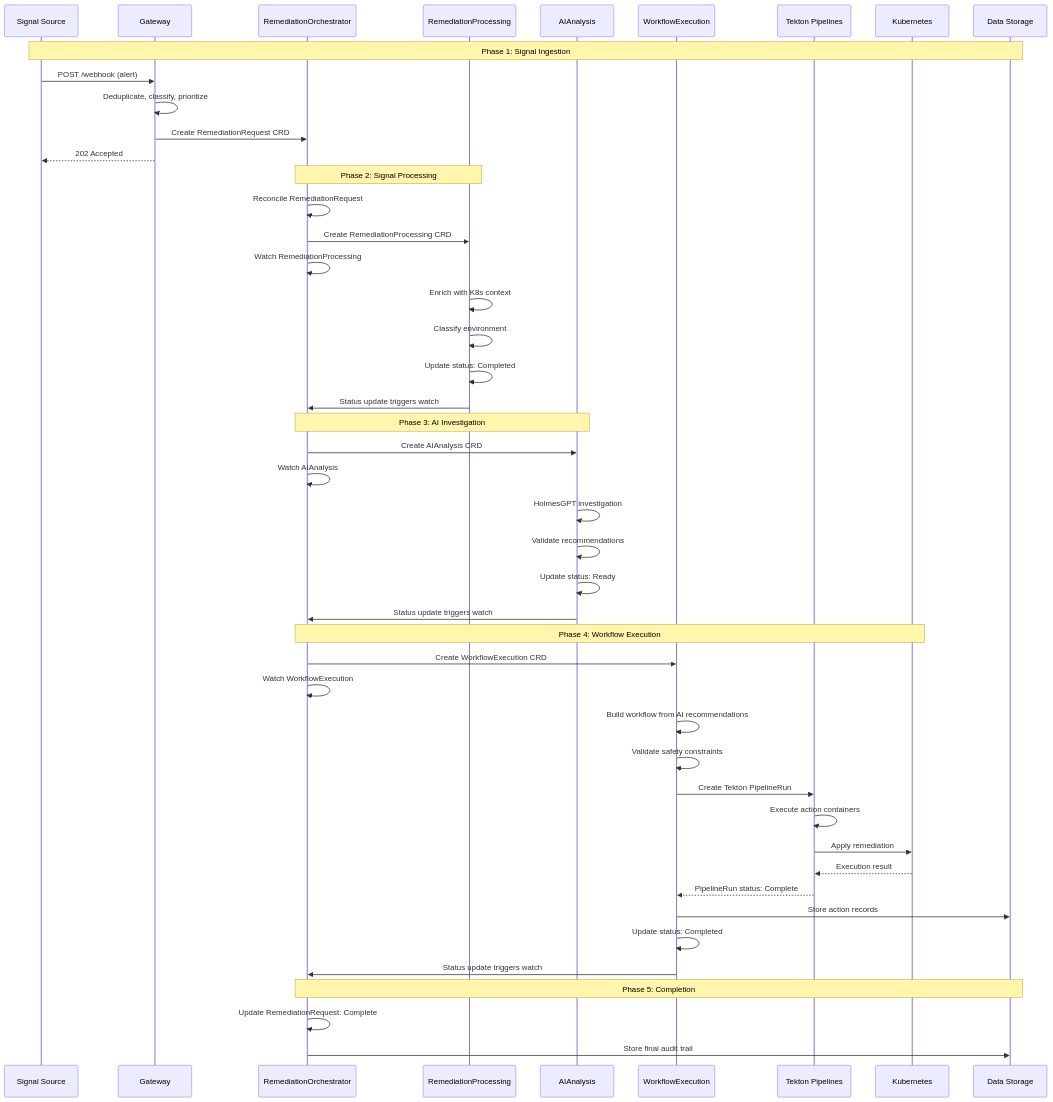
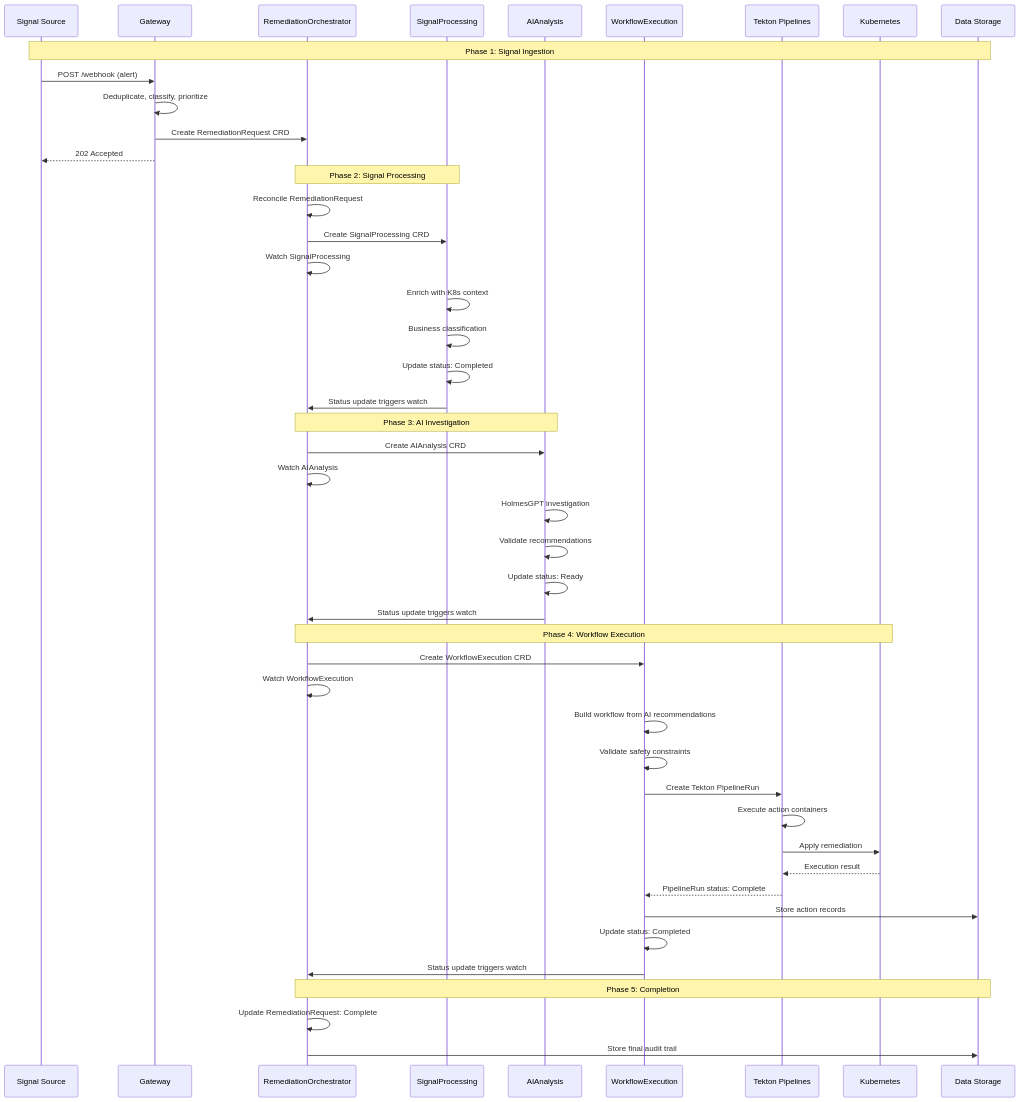
The second of 2 diagrams in docs/architecture/KUBERNAUT_CRD_ARCHITECTURE.md (jordigilh/kubernaut), drawn with Mermaid before and after one commit. The commit also changed other lines of this file and 4 other files, not shown here.

First line of the commit message:
docs: Rename RemediationProcessing to SignalProcessing service

````diff
--- a/docs/architecture/KUBERNAUT_CRD_ARCHITECTURE.md
+++ b/docs/architecture/KUBERNAUT_CRD_ARCHITECTURE.md
@@ -737,53 +659,53 @@
 ```mermaid
 sequenceDiagram
     participant SRC as Signal Source
     participant GW as Gateway
     participant ORCH as RemediationOrchestrator
-    participant RP as RemediationProcessing
+    participant SP as SignalProcessing
     participant AI as AIAnalysis
     participant WF as WorkflowExecution
     participant TEK as Tekton Pipelines
     participant K8S as Kubernetes
     participant ST as Data Storage
 
     Note over SRC,ST: Phase 1: Signal Ingestion
     SRC->>GW: POST /webhook (alert)
     GW->>GW: Deduplicate, classify, prioritize
     GW->>ORCH: Create RemediationRequest CRD
     GW-->>SRC: 202 Accepted
 
-    Note over ORCH,RP: Phase 2: Signal Processing
+    Note over ORCH,SP: Phase 2: Signal Processing
     ORCH->>ORCH: Reconcile RemediationRequest
-    ORCH->>RP: Create RemediationProcessing CRD
-    ORCH->>ORCH: Watch RemediationProcessing
-    RP->>RP: Enrich with K8s context
-    RP->>RP: Classify environment
-    RP->>RP: Update status: Completed
-    RP->>ORCH: Status update triggers watch
+    ORCH->>SP: Create SignalProcessing CRD
+    ORCH->>ORCH: Watch SignalProcessing
+    SP->>SP: Enrich with K8s context
+    SP->>SP: Business classification
+    SP->>SP: Update status: Completed
+    SP->>ORCH: Status update triggers watch
 
     Note over ORCH,AI: Phase 3: AI Investigation
     ORCH->>AI: Create AIAnalysis CRD
     ORCH->>ORCH: Watch AIAnalysis
     AI->>AI: HolmesGPT investigation
     AI->>AI: Validate recommendations
     AI->>AI: Update status: Ready
     AI->>ORCH: Status update triggers watch
 
     Note over ORCH,K8S: Phase 4: Workflow Execution
     ORCH->>WF: Create WorkflowExecution CRD
     ORCH->>ORCH: Watch WorkflowExecution
     WF->>WF: Build workflow from AI recommendations
     WF->>WF: Validate safety constraints
     WF->>TEK: Create Tekton PipelineRun
     TEK->>TEK: Execute action containers
     TEK->>K8S: Apply remediation
     K8S-->>TEK: Execution result
     TEK-->>WF: PipelineRun status: Complete
     WF->>ST: Store action records
     WF->>WF: Update status: Completed
     WF->>ORCH: Status update triggers watch
 
     Note over ORCH,ST: Phase 5: Completion
     ORCH->>ORCH: Update RemediationRequest: Complete
     ORCH->>ST: Store final audit trail
 ```
````
